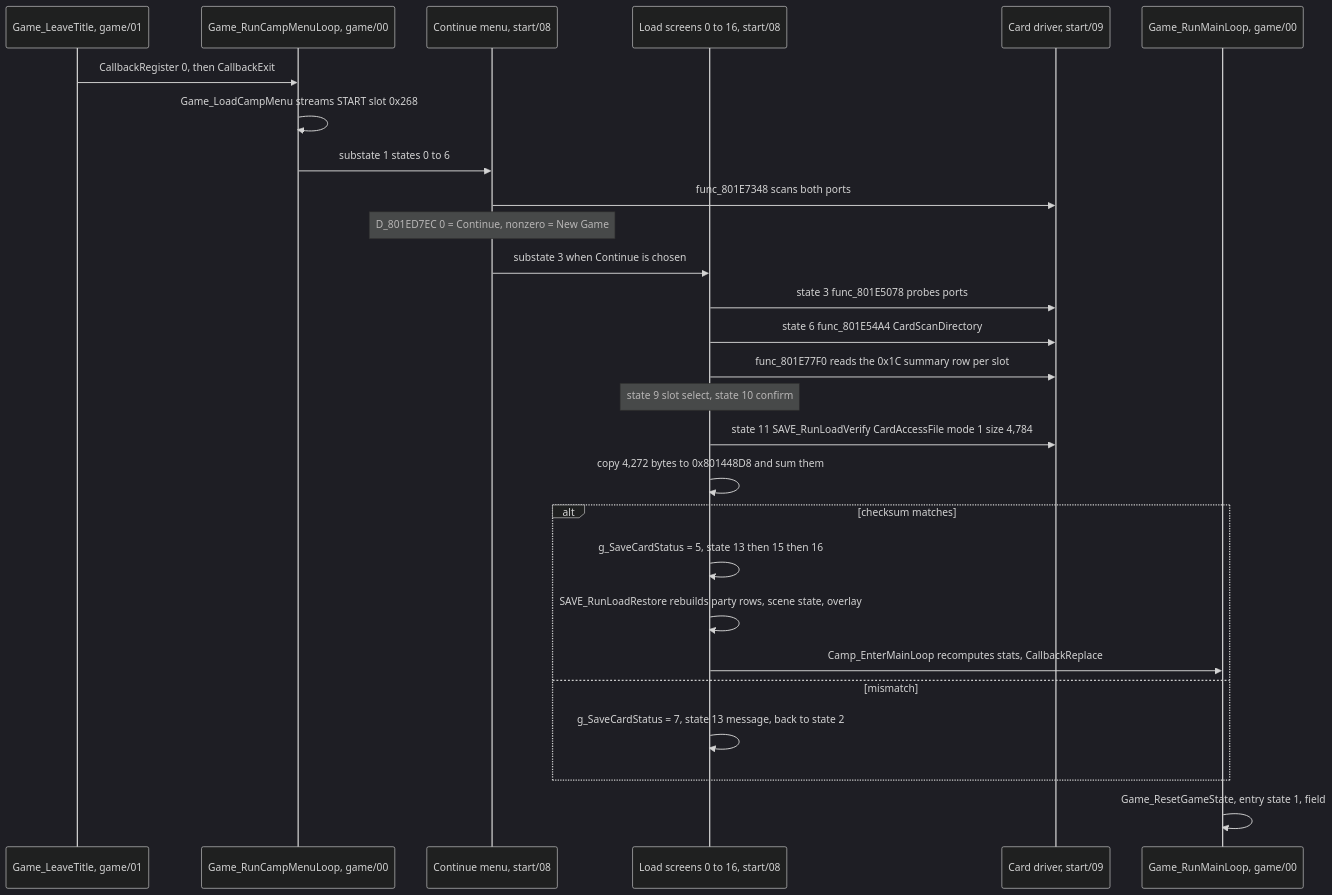
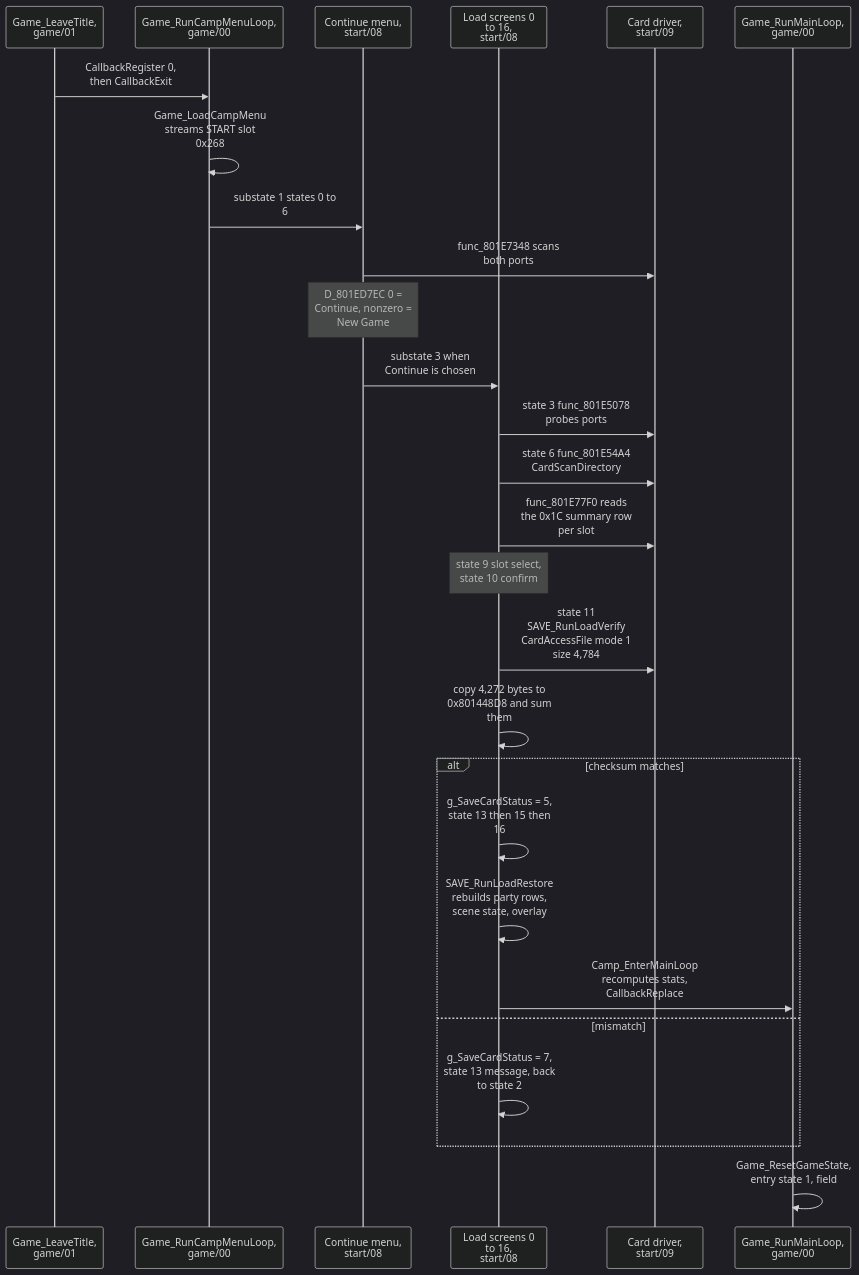
The second of 2 diagrams in src/content/docs/systems/saving.md (raulcorreia7/bof3-wiki), drawn with Mermaid (dark theme) before and after one commit. The commit also changed other lines of this file and 7 other files, not shown here.

Commit message:
fix(diagrams): break long sequence labels by hand, stop line-over-label and overlap

````diff
--- a/src/content/docs/systems/saving.md
+++ b/src/content/docs/systems/saving.md
@@ -115,30 +115,30 @@
 ```mermaid
 sequenceDiagram
-    participant Title as Game_LeaveTitle, game/01
-    participant Camp as Game_RunCampMenuLoop, game/00
-    participant Menu as Continue menu, start/08
-    participant Load as Load screens 0 to 16, start/08
-    participant Drv as Card driver, start/09
-    participant Main as Game_RunMainLoop, game/00
+    participant Title as Game_LeaveTitle,<br/>game/01
+    participant Camp as Game_RunCampMenuLoop,<br/>game/00
+    participant Menu as Continue menu,<br/>start/08
+    participant Load as Load screens 0<br/>to 16,<br/>start/08
+    participant Drv as Card driver,<br/>start/09
+    participant Main as Game_RunMainLoop,<br/>game/00
 
-    Title->>Camp: CallbackRegister 0, then CallbackExit
-    Camp->>Camp: Game_LoadCampMenu streams START slot 0x268
-    Camp->>Menu: substate 1 states 0 to 6
-    Menu->>Drv: func_801E7348 scans both ports
-    Note over Menu: D_801ED7EC 0 = Continue, nonzero = New Game
-    Menu->>Load: substate 3 when Continue is chosen
-    Load->>Drv: state 3 func_801E5078 probes ports
-    Load->>Drv: state 6 func_801E54A4 CardScanDirectory
-    Load->>Drv: func_801E77F0 reads the 0x1C summary row per slot
-    Note over Load: state 9 slot select, state 10 confirm
-    Load->>Drv: state 11 SAVE_RunLoadVerify CardAccessFile mode 1 size 4,784
-    Load->>Load: copy 4,272 bytes to 0x801448D8 and sum them
+    Title->>Camp: CallbackRegister 0,<br/>then CallbackExit
+    Camp->>Camp: Game_LoadCampMenu<br/>streams START slot<br/>0x268
+    Camp->>Menu: substate 1 states 0 to<br/>6
+    Menu->>Drv: func_801E7348 scans<br/>both ports
+    Note over Menu: D_801ED7EC 0 =<br/>Continue, nonzero =<br/>New Game
+    Menu->>Load: substate 3 when<br/>Continue is chosen
+    Load->>Drv: state 3 func_801E5078<br/>probes ports
+    Load->>Drv: state 6 func_801E54A4<br/>CardScanDirectory
+    Load->>Drv: func_801E77F0 reads<br/>the 0x1C summary row<br/>per slot
+    Note over Load: state 9 slot select,<br/>state 10 confirm
+    Load->>Drv: state 11<br/>SAVE_RunLoadVerify<br/>CardAccessFile mode 1<br/>size 4,784
+    Load->>Load: copy 4,272 bytes to<br/>0x801448D8 and sum<br/>them
     alt checksum matches
-        Load->>Load: g_SaveCardStatus = 5, state 13 then 15 then 16
-        Load->>Load: SAVE_RunLoadRestore rebuilds party rows, scene state, overlay
-        Load->>Main: Camp_EnterMainLoop recomputes stats, CallbackReplace
+        Load->>Load: g_SaveCardStatus = 5,<br/>state 13 then 15 then<br/>16
+        Load->>Load: SAVE_RunLoadRestore<br/>rebuilds party rows,<br/>scene state, overlay
+        Load->>Main: Camp_EnterMainLoop<br/>recomputes stats,<br/>CallbackReplace
     else mismatch
-        Load->>Load: g_SaveCardStatus = 7, state 13 message, back to state 2
+        Load->>Load: g_SaveCardStatus = 7,<br/>state 13 message, back<br/>to state 2
     end
-    Main->>Main: Game_ResetGameState, entry state 1, field
+    Main->>Main: Game_ResetGameState,<br/>entry state 1, field
 ```
````
